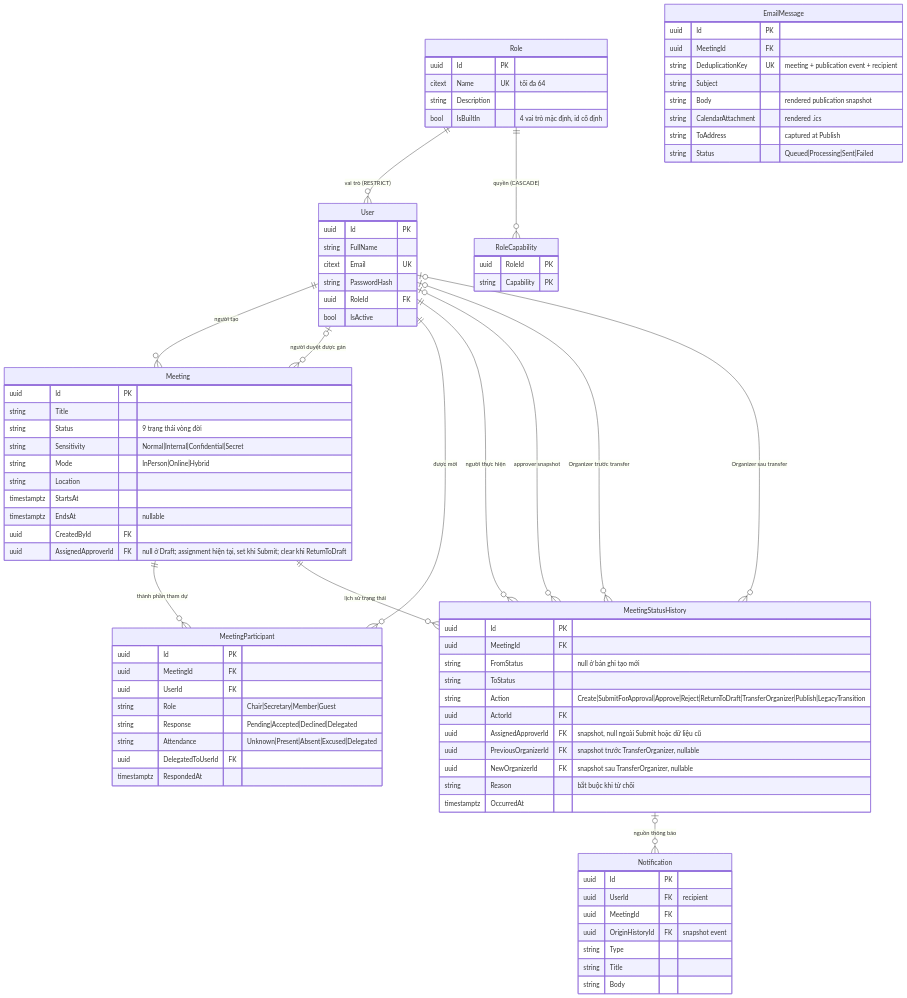
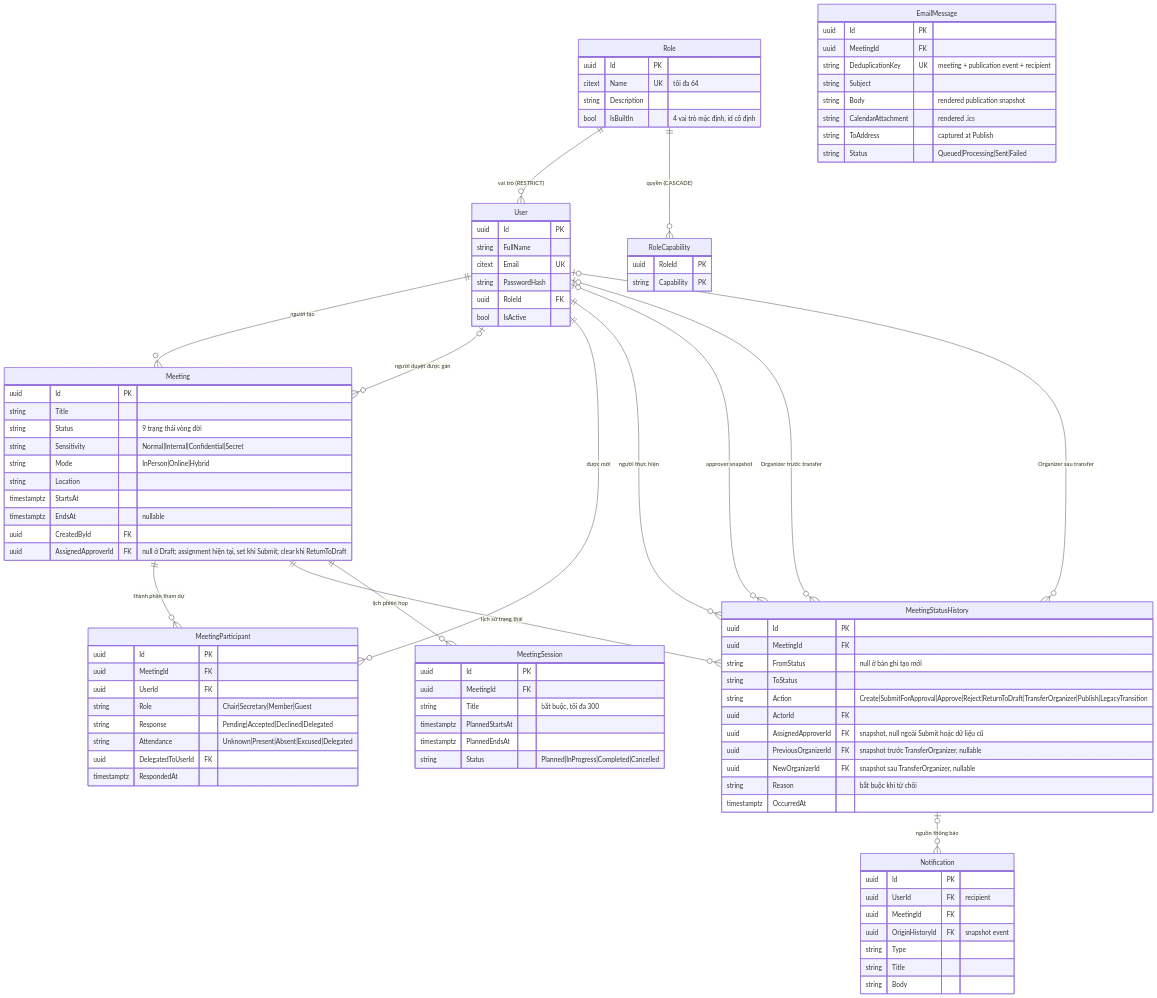
Before and after one commit to callmehai/FU-FA26-G116: the first of 5 diagrams in docs/02-design/02-erd.md, drawn with Mermaid. The commit also changed other lines of this file and 40 other files, not shown here.

First line of the commit message:
Add meeting session publication guard

```diff
--- a/docs/02-design/02-erd.md
+++ b/docs/02-design/02-erd.md
@@ -47,6 +48,7 @@
     User o|--o{ MeetingStatusHistory : "Organizer sau transfer"
     Meeting ||--o{ MeetingParticipant : "thành phần tham dự"
     Meeting ||--o{ MeetingStatusHistory : "lịch sử trạng thái"
+    Meeting ||--o{ MeetingSession : "lịch phiên họp"
     MeetingStatusHistory o|--o{ Notification : "nguồn thông báo"
 
     User {
@@ -78,6 +80,14 @@
         timestamptz EndsAt "nullable"
         uuid CreatedById FK
         uuid AssignedApproverId FK "null ở Draft; assignment hiện tại, set khi Submit; clear khi ReturnToDraft"
+    }
+    MeetingSession {
+        uuid Id PK
+        uuid MeetingId FK
+        string Title "bắt buộc, tối đa 300"
+        timestamptz PlannedStartsAt
+        timestamptz PlannedEndsAt
+        string Status "Planned|InProgress|Completed|Cancelled"
     }
     MeetingParticipant {
         uuid Id PK
```
